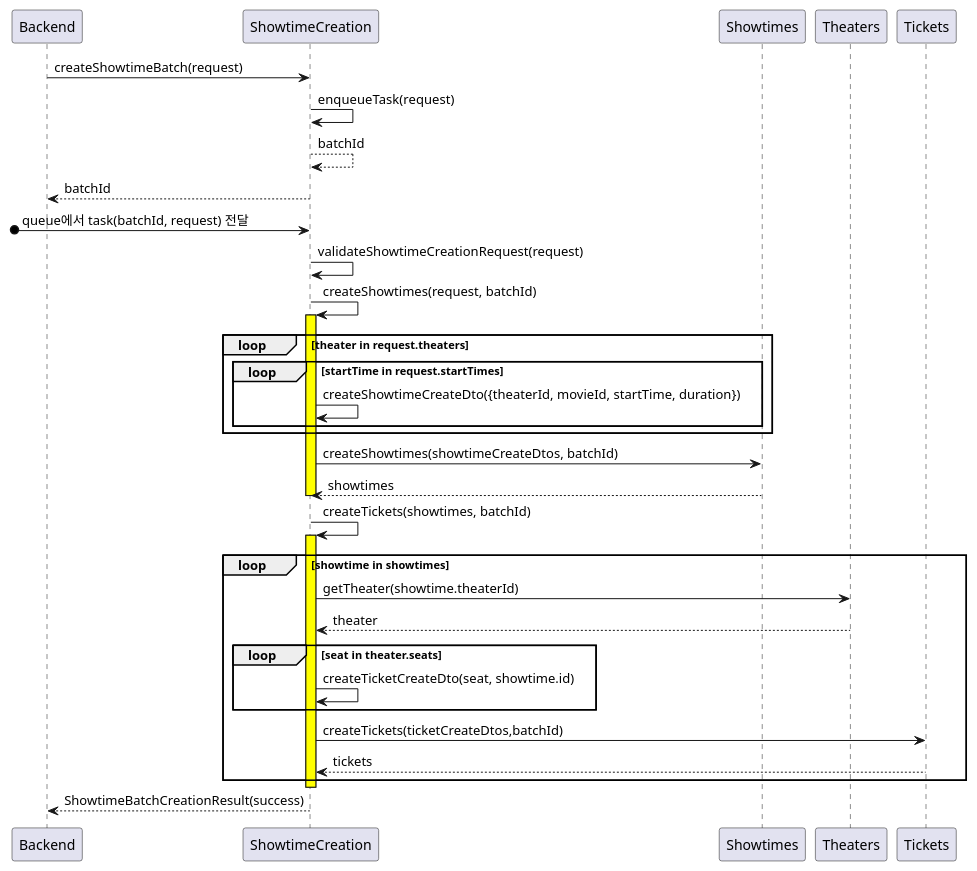
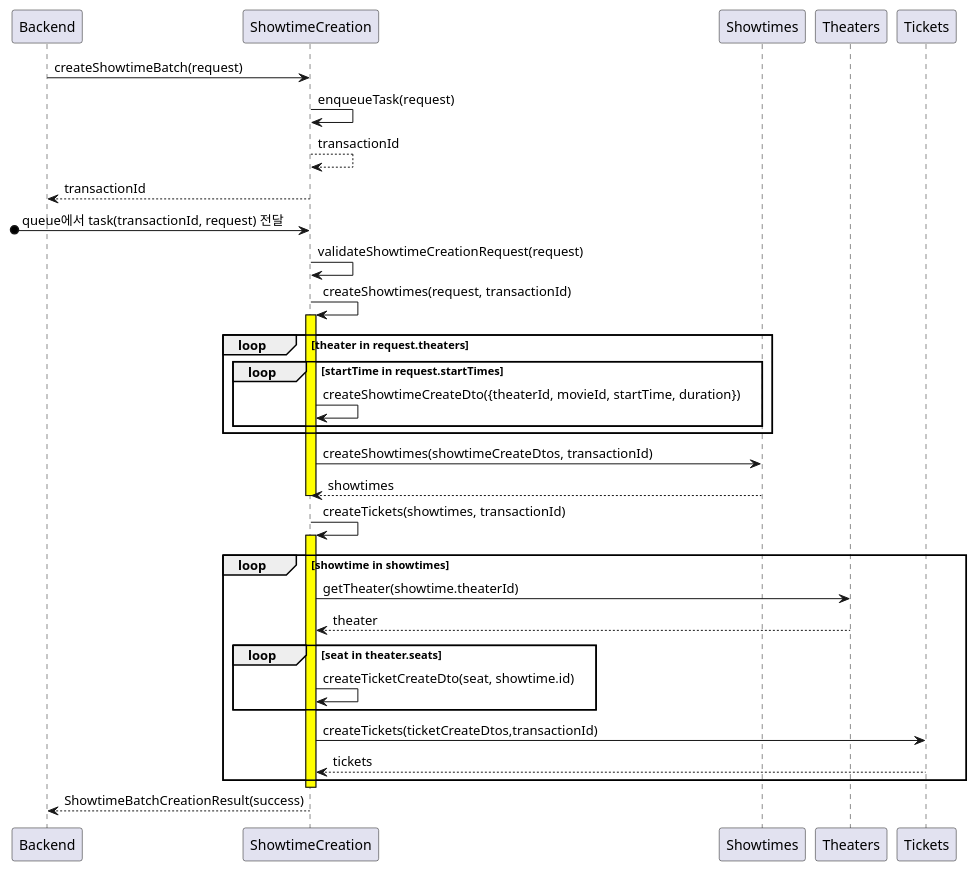
The second of 2 diagrams in docs/en/designs/showtime-creation.md (songminkyu/nest-msa), drawn with PlantUML before and after one commit. The commit also changed other lines of this file and 26 other files, not shown here.

Commit message:
refactor: rename batchId to transactionId for consistency across showtime and ticket services

````diff
--- a/docs/en/designs/showtime-creation.md
+++ b/docs/en/designs/showtime-creation.md
@@ -93,37 +93,37 @@
 ```plantuml
 @startuml
 Backend -> ShowtimeCreation: createShowtimeBatch(request)
         ShowtimeCreation -> ShowtimeCreation: enqueueTask(request)
-        ShowtimeCreation --> ShowtimeCreation: batchId
-Backend <-- ShowtimeCreation: batchId
+        ShowtimeCreation --> ShowtimeCreation: transactionId
+Backend <-- ShowtimeCreation: transactionId
 
-[o-> ShowtimeCreation: queue에서 task(batchId, request) 전달
+[o-> ShowtimeCreation: queue에서 task(transactionId, request) 전달
     ShowtimeCreation -> ShowtimeCreation: validateShowtimeCreationRequest(request)
 
-    ShowtimeCreation -> ShowtimeCreation: createShowtimes(request, batchId)
+    ShowtimeCreation -> ShowtimeCreation: createShowtimes(request, transactionId)
     activate ShowtimeCreation #yellow
         loop theater in request.theaters
             loop startTime in request.startTimes
                 ShowtimeCreation -> ShowtimeCreation: createShowtimeCreateDto({theaterId, movieId, startTime, duration})
             end
         end
 
-        ShowtimeCreation -> Showtimes: createShowtimes(showtimeCreateDtos, batchId)
+        ShowtimeCreation -> Showtimes: createShowtimes(showtimeCreateDtos, transactionId)
         ShowtimeCreation <-- Showtimes: showtimes
     deactivate ShowtimeCreation
 
-    ShowtimeCreation -> ShowtimeCreation: createTickets(showtimes, batchId)
+    ShowtimeCreation -> ShowtimeCreation: createTickets(showtimes, transactionId)
     activate ShowtimeCreation #yellow
         loop showtime in showtimes
             ShowtimeCreation -> Theaters: getTheater(showtime.theaterId)
             ShowtimeCreation <-- Theaters: theater
             loop seat in theater.seats
                 ShowtimeCreation -> ShowtimeCreation: createTicketCreateDto(seat, showtime.id)
             end
-            ShowtimeCreation -> Tickets: createTickets(ticketCreateDtos,batchId)
+            ShowtimeCreation -> Tickets: createTickets(ticketCreateDtos,transactionId)
             ShowtimeCreation <-- Tickets: tickets
         end
     deactivate ShowtimeCreation
 Backend <-- ShowtimeCreation: ShowtimeBatchCreationResult(success)
 @enduml
 ```
````
